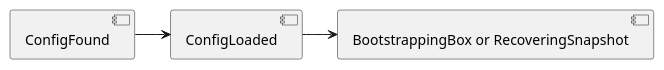
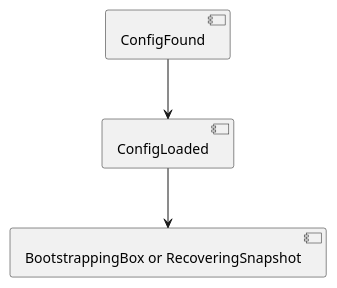
Before and after one commit to tarantool/cartridge: the diagram in rst/uml/ConfigLoaded.puml, drawn with PlantUML. The commit also changed 6 other files, not shown here.

```diff
--- a/rst/uml/ConfigLoaded.puml
+++ b/rst/uml/ConfigLoaded.puml
@@ -1,2 +1,6 @@
-[ConfigFound]->[ConfigLoaded]
-[ConfigLoaded]->[BootstrappingBox or RecoveringSnapshot]
+@startuml
+
+[ConfigFound] --> [ConfigLoaded]
+[ConfigLoaded] --> [BootstrappingBox or RecoveringSnapshot]
+
+@enduml
```
